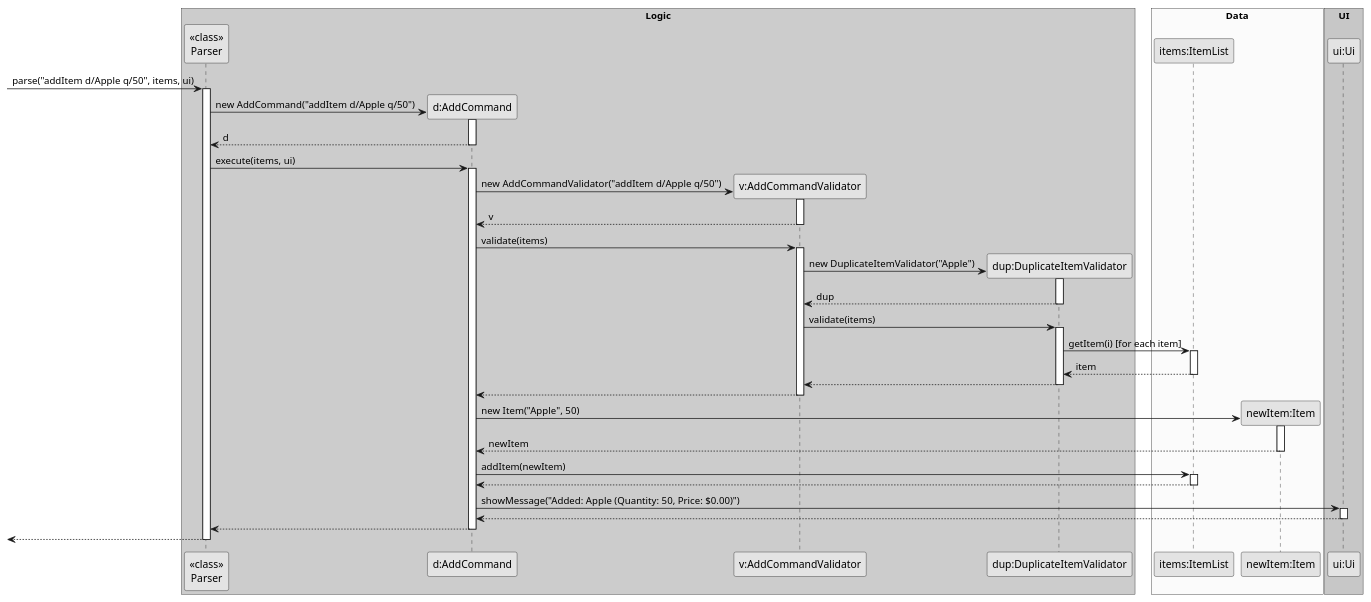
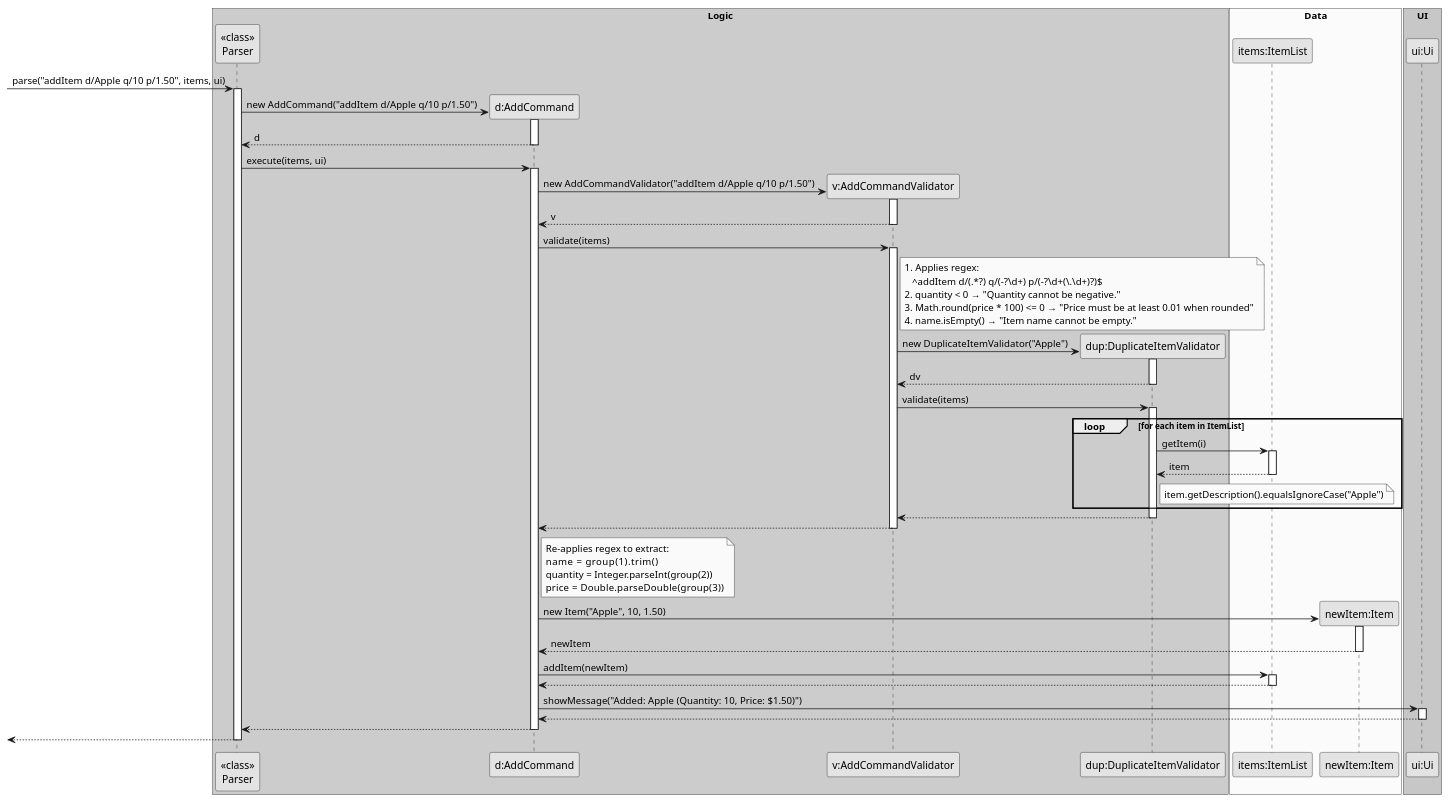
The diagram in docs/diagrams/AddCommandSequenceDiagram.puml (fmohamedfaras/tp), drawn with PlantUML before and after one commit. The commit also changed 12 other files, not shown here.

Commit message:
feat: price support in add item command

```diff
--- a/docs/diagrams/AddCommandSequenceDiagram.puml
+++ b/docs/diagrams/AddCommandSequenceDiagram.puml
@@ -1,82 +1,104 @@
 @startuml
 skinparam monochrome true
 skinparam shadowing false
 
 box "Logic" #LightBlue
 participant "<<class>>\nParser" as Parser
 participant "d:AddCommand" as AddCommand
 participant "v:AddCommandValidator" as AddCommandValidator
 participant "dup:DuplicateItemValidator" as DuplicateItemValidator
 end box
 
 box "Data" #LightYellow
 participant "items:ItemList" as ItemList
 participant "newItem:Item" as Item
 end box
 
 box "UI" #LightGreen
 participant "ui:Ui" as Ui
 end box
 
--> Parser : parse("addItem d/Apple q/50", items, ui)
+-> Parser : parse("addItem d/Apple q/10 p/1.50", items, ui)
 activate Parser
 
 create AddCommand
-Parser -> AddCommand : new AddCommand("addItem d/Apple q/50")
+Parser -> AddCommand : new AddCommand("addItem d/Apple q/10 p/1.50")
 activate AddCommand
 AddCommand --> Parser : d
 deactivate AddCommand
 
 Parser -> AddCommand : execute(items, ui)
 activate AddCommand
 
 create AddCommandValidator
-AddCommand -> AddCommandValidator : new AddCommandValidator("addItem d/Apple q/50")
+AddCommand -> AddCommandValidator : new AddCommandValidator("addItem d/Apple q/10 p/1.50")
 activate AddCommandValidator
 AddCommandValidator --> AddCommand : v
 deactivate AddCommandValidator
 
 AddCommand -> AddCommandValidator : validate(items)
 activate AddCommandValidator
 
+note right of AddCommandValidator
+  1. Applies regex:
+     ^addItem d/(.*?) q/(-?\d+) p/(-?\d+(\.\d+)?)$
+  2. quantity < 0 → "Quantity cannot be negative."
+  3. Math.round(price * 100) <= 0 → "Price must be at least 0.01 when rounded"
+  4. name.isEmpty() → "Item name cannot be empty."
+end note
+
 create DuplicateItemValidator
 AddCommandValidator -> DuplicateItemValidator : new DuplicateItemValidator("Apple")
 activate DuplicateItemValidator
-DuplicateItemValidator --> AddCommandValidator : dup
+DuplicateItemValidator --> AddCommandValidator : dv
 deactivate DuplicateItemValidator
 
 AddCommandValidator -> DuplicateItemValidator : validate(items)
 activate DuplicateItemValidator
-DuplicateItemValidator -> ItemList : getItem(i) [for each item]
-activate ItemList
-ItemList --> DuplicateItemValidator : item
-deactivate ItemList
+
+loop for each item in ItemList
+    DuplicateItemValidator -> ItemList : getItem(i)
+    activate ItemList
+    ItemList --> DuplicateItemValidator : item
+    deactivate ItemList
+    note right of DuplicateItemValidator
+        item.getDescription().equalsIgnoreCase("Apple")
+    end note
+end
+
 DuplicateItemValidator --> AddCommandValidator
 deactivate DuplicateItemValidator
 
 AddCommandValidator --> AddCommand
 deactivate AddCommandValidator
 
+note right of AddCommand
+  Re-applies regex to extract:
+  name     = group(1).trim()
+  quantity = Integer.parseInt(group(2))
+  price    = Double.parseDouble(group(3))
+end note
+
 create Item
-AddCommand -> Item : new Item("Apple", 50)
+AddCommand -> Item : new Item("Apple", 10, 1.50)
 activate Item
 Item --> AddCommand : newItem
 deactivate Item
 
 AddCommand -> ItemList : addItem(newItem)
 activate ItemList
 ItemList --> AddCommand
 deactivate ItemList
 
-AddCommand -> Ui : showMessage("Added: Apple (Quantity: 50, Price: $0.00)")
+AddCommand -> Ui : showMessage("Added: Apple (Quantity: 10, Price: $1.50)")
 activate Ui
 Ui --> AddCommand
 deactivate Ui
 
 AddCommand --> Parser
 deactivate AddCommand
 
 <-- Parser
 deactivate Parser
 
 @enduml
```
